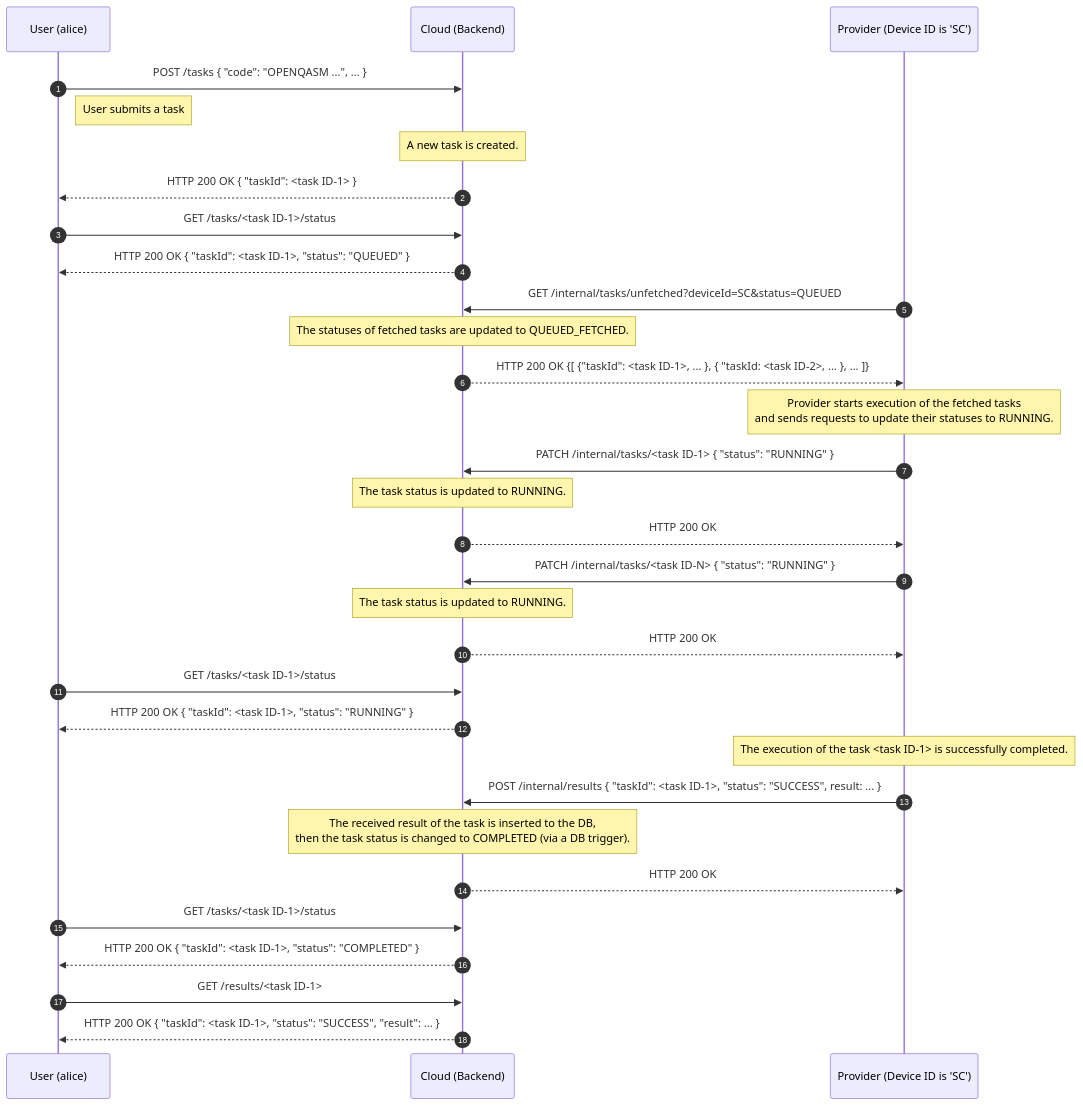
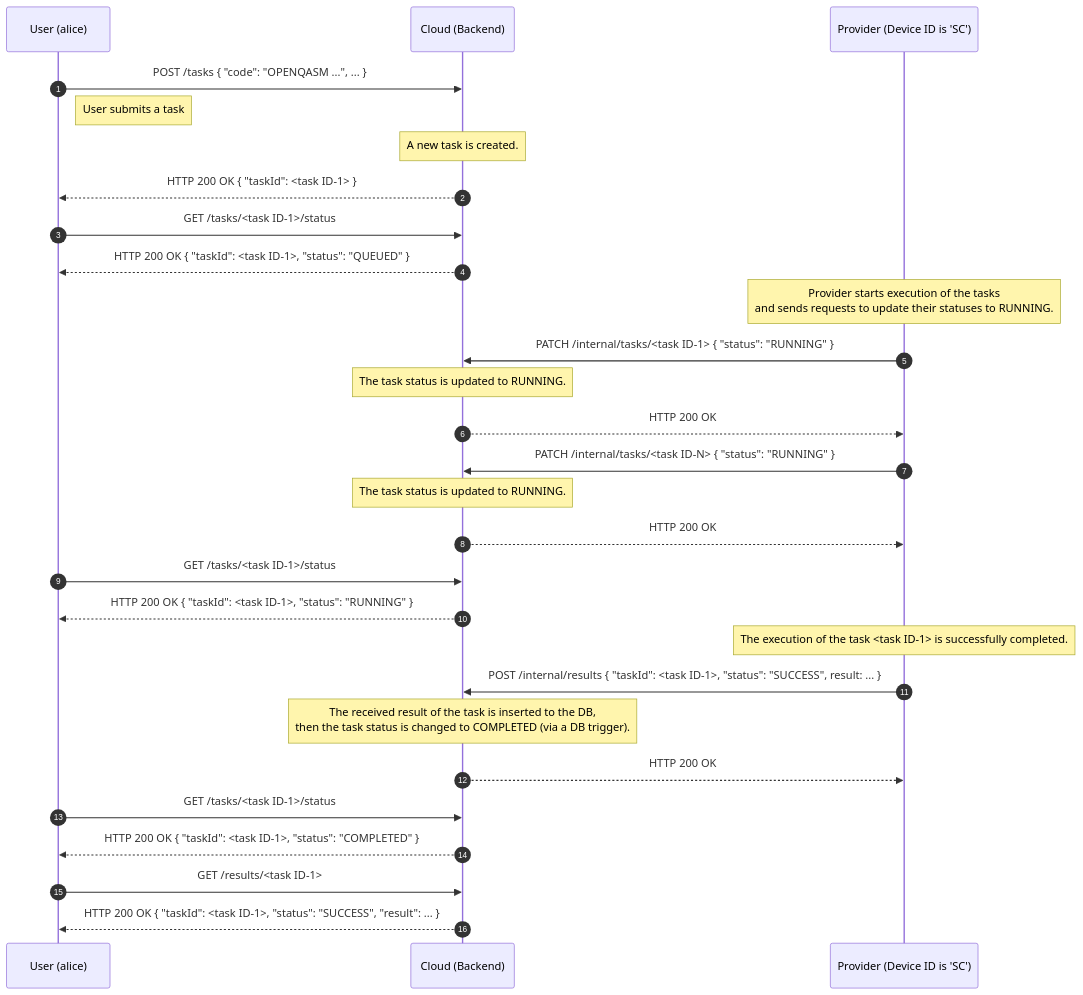
One commit to oqtopus-team/oqtopus-cloud changed the first of 3 diagrams in docs/en/architecture/sequence_diagram.md. Above: the diagram before and after it, drawn with Mermaid. The commit also changed other lines of this file, not shown here.

Commit message:
refactor: delete of XXX_FETCHED

````diff
--- a/docs/en/architecture/sequence_diagram.md
+++ b/docs/en/architecture/sequence_diagram.md
@@ -16,42 +16,38 @@
 ```mermaid
 sequenceDiagram
     autonumber
     participant User as User (alice)
     participant Cloud as Cloud (Backend)
     participant Provider as Provider (Device ID is 'SC')
 
     User->>Cloud: POST /tasks { "code": "OPENQASM ...", ... }
     Note right of User: User submits a task
     Note over Cloud: A new task is created.
     Cloud-->>User: HTTP 200 OK { "taskId": <task ID-1> }
 
     User->>Cloud: GET /tasks/<task ID-1>/status
     Cloud-->>User: HTTP 200 OK { "taskId": <task ID-1>, "status": "QUEUED" }
 
-    Provider->>Cloud: GET /internal/tasks/unfetched?deviceId=SC&status=QUEUED
-    Note over Cloud: The statuses of fetched tasks are updated to QUEUED_FETCHED.
-    Cloud-->>Provider: HTTP 200 OK {[ {"taskId": <task ID-1>, ... }, { "taskId: <task ID-2>, ... }, ... ]}
-
-    Note over Provider: Provider starts execution of the fetched tasks<br>and sends requests to update their statuses to RUNNING.
+    Note over Provider: Provider starts execution of the tasks<br>and sends requests to update their statuses to RUNNING.
     Provider->>Cloud: PATCH /internal/tasks/<task ID-1> { "status": "RUNNING" }
     Note over Cloud: The task status is updated to RUNNING.
     Cloud-->>Provider: HTTP 200 OK
 
     Provider->>Cloud: PATCH /internal/tasks/<task ID-N> { "status": "RUNNING" }
     Note over Cloud: The task status is updated to RUNNING.
     Cloud-->>Provider: HTTP 200 OK
 
     User->>Cloud: GET /tasks/<task ID-1>/status
     Cloud-->>User: HTTP 200 OK { "taskId": <task ID-1>, "status": "RUNNING" }
     Note over Provider: The execution of the task <task ID-1> is successfully completed.
     Provider->>Cloud: POST /internal/results { "taskId": <task ID-1>, "status": "SUCCESS", result: ... }
 
     Note over Cloud: The received result of the task is inserted to the DB,<br> then the task status is changed to COMPLETED (via a DB trigger).
     Cloud-->>Provider: HTTP 200 OK
 
     User->>Cloud: GET /tasks/<task ID-1>/status
     Cloud-->>User: HTTP 200 OK { "taskId": <task ID-1>, "status": "COMPLETED" }
 
     User->>Cloud: GET /results/<task ID-1>
     Cloud-->>User: HTTP 200 OK { "taskId": <task ID-1>, "status": "SUCCESS", "result": ... }
 ```
````
